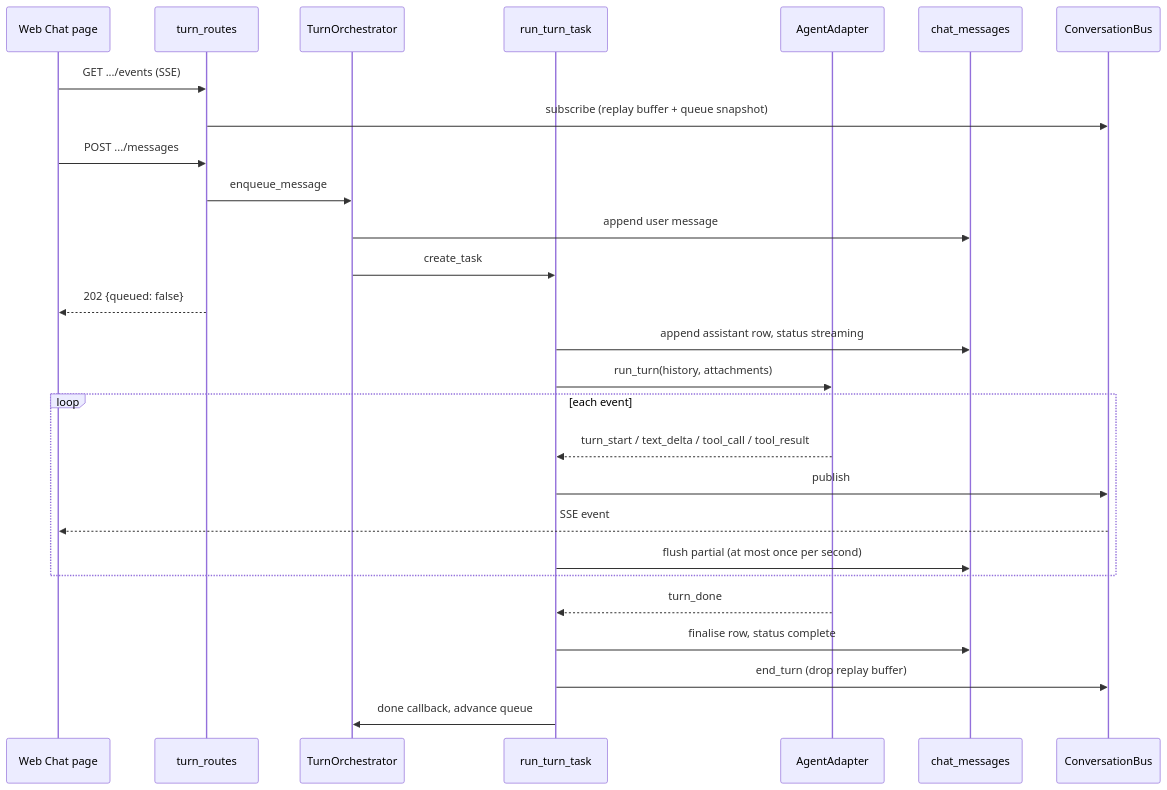
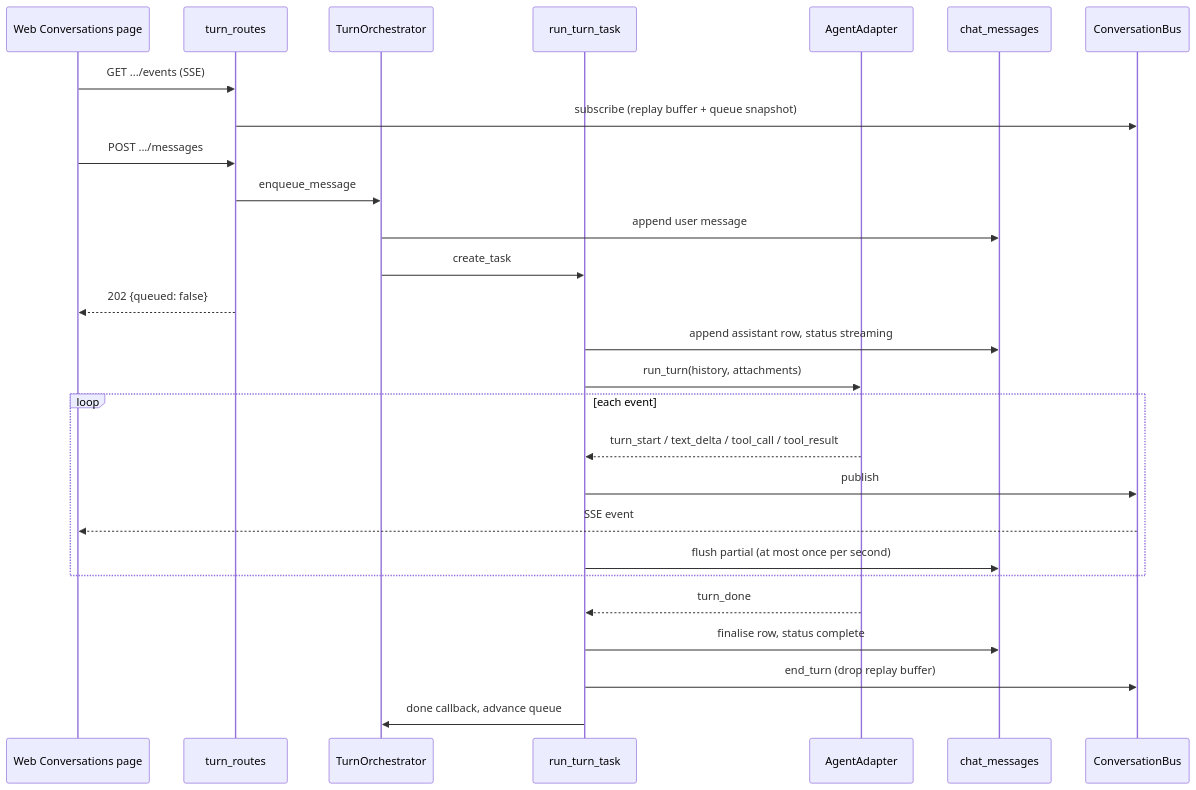
One commit to wyx-sg/Coffer changed the first of 3 diagrams in docs-site/architecture/chat.md. Above: the diagram before and after it, drawn with Mermaid. The commit also changed other lines of this file and 27 other files, not shown here.

Commit message:
docs: the app shell in the web UI guide, a new architecture page, and the change's progress

````diff
--- a/docs-site/architecture/chat.md
+++ b/docs-site/architecture/chat.md
@@ -93,30 +93,30 @@
 ```mermaid
 sequenceDiagram
-    participant UI as Web Chat page
+    participant UI as Web Conversations page
     participant API as turn_routes
     participant O as TurnOrchestrator
     participant R as run_turn_task
     participant A as AgentAdapter
     participant DB as chat_messages
     participant Bus as ConversationBus
 
     UI->>API: GET .../events (SSE)
     API->>Bus: subscribe (replay buffer + queue snapshot)
     UI->>API: POST .../messages
     API->>O: enqueue_message
     O->>DB: append user message
     O->>R: create_task
     API-->>UI: 202 {queued: false}
     R->>DB: append assistant row, status streaming
     R->>A: run_turn(history, attachments)
     loop each event
         A-->>R: turn_start / text_delta / tool_call / tool_result
         R->>Bus: publish
         Bus-->>UI: SSE event
         R->>DB: flush partial (at most once per second)
     end
     A-->>R: turn_done
     R->>DB: finalise row, status complete
     R->>Bus: end_turn (drop replay buffer)
     R->>O: done callback, advance queue
 ```
````
